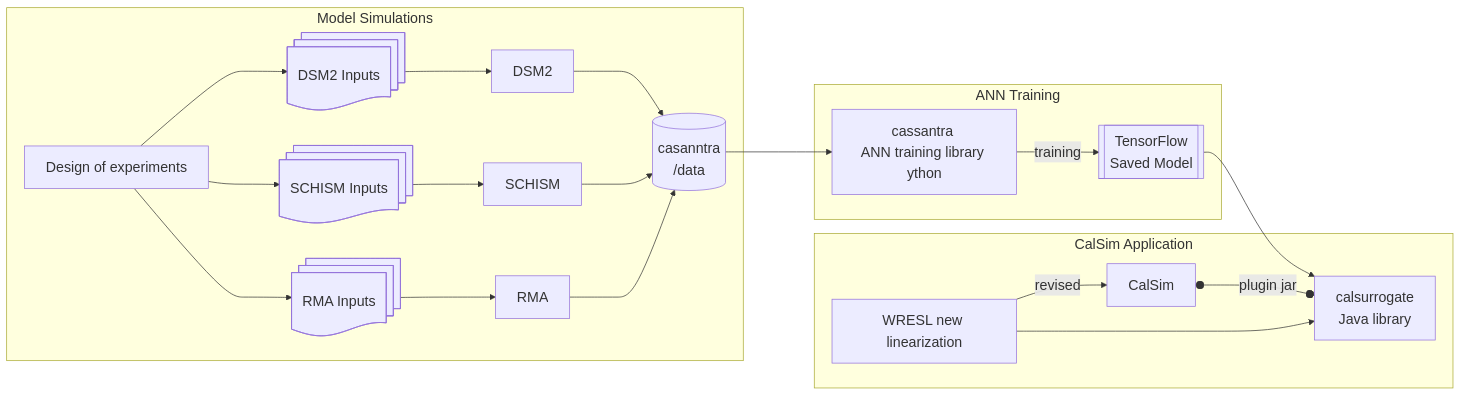
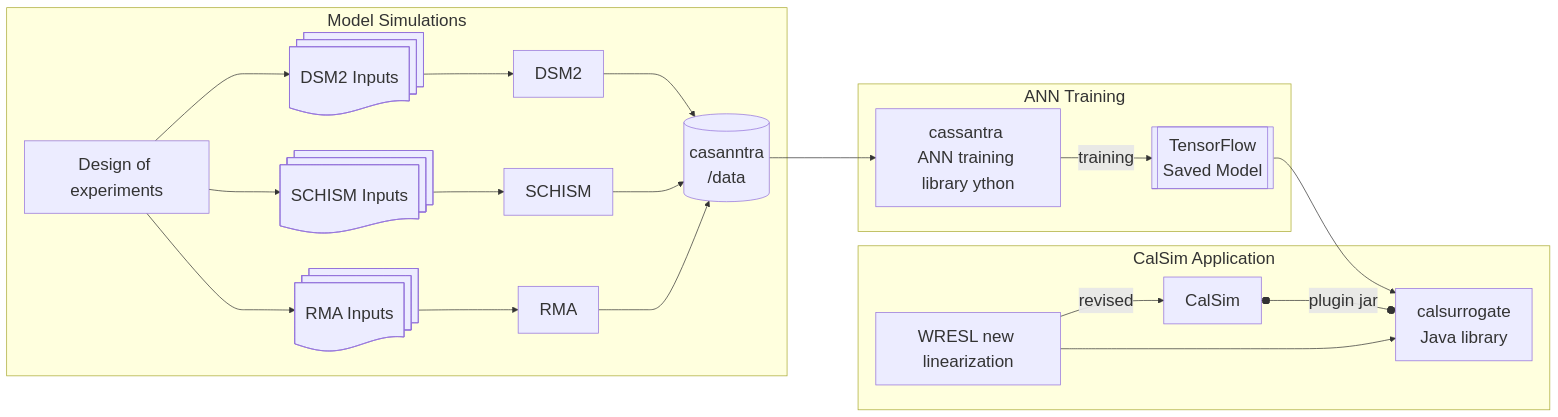
Before and after one commit to CADWRDeltaModeling/calsurrogate: the diagram in README.md, drawn with Mermaid.

````diff
--- a/README.md
+++ b/README.md
@@ -6,30 +6,30 @@
 ```mermaid
 
-%%{init: { "themeVariables": { "fontSize": "20px" } }}%%
+%%{init: { "themeVariables": { "fontSize": "24px" } }}%%
 flowchart LR
     subgraph Model Simulations 
     doe[Design of experiments] ---> indsm2@{ shape: docs, label: "DSM2 Inputs"}
 	doe ---> inschism@{shape: docs, label: "SCHISM Inputs"}
 	doe ---> inrma@{shape: docs, label: "RMA Inputs"}
     indsm2 ---> dsm2[DSM2]
     inschism ---> schism[SCHISM]
     inrma ---> rma[RMA]
 	dsm2 ---> cassdata@{shape: cyl, label: "casanntra\n/data"}
 	schism --->cassdata
 	rma ---> cassdata
     end
 
     subgraph ANN Training
     cassdata ---> casanntra@{shape: rect, label: "cassantra \nANN training library\Python"}
     casanntra --training--> tf[[TensorFlow 
                      Saved Model]]
     end
 
     subgraph CalSim Application
     tf --> calsur@{shape: rect, label: "calsurrogate\nJava library"}
     wresl[WRESL new linearization] --revised--> CalSim
     CalSim o--plugin jar--o calsur
     wresl ---> calsur
     end
 
 ```	
````
